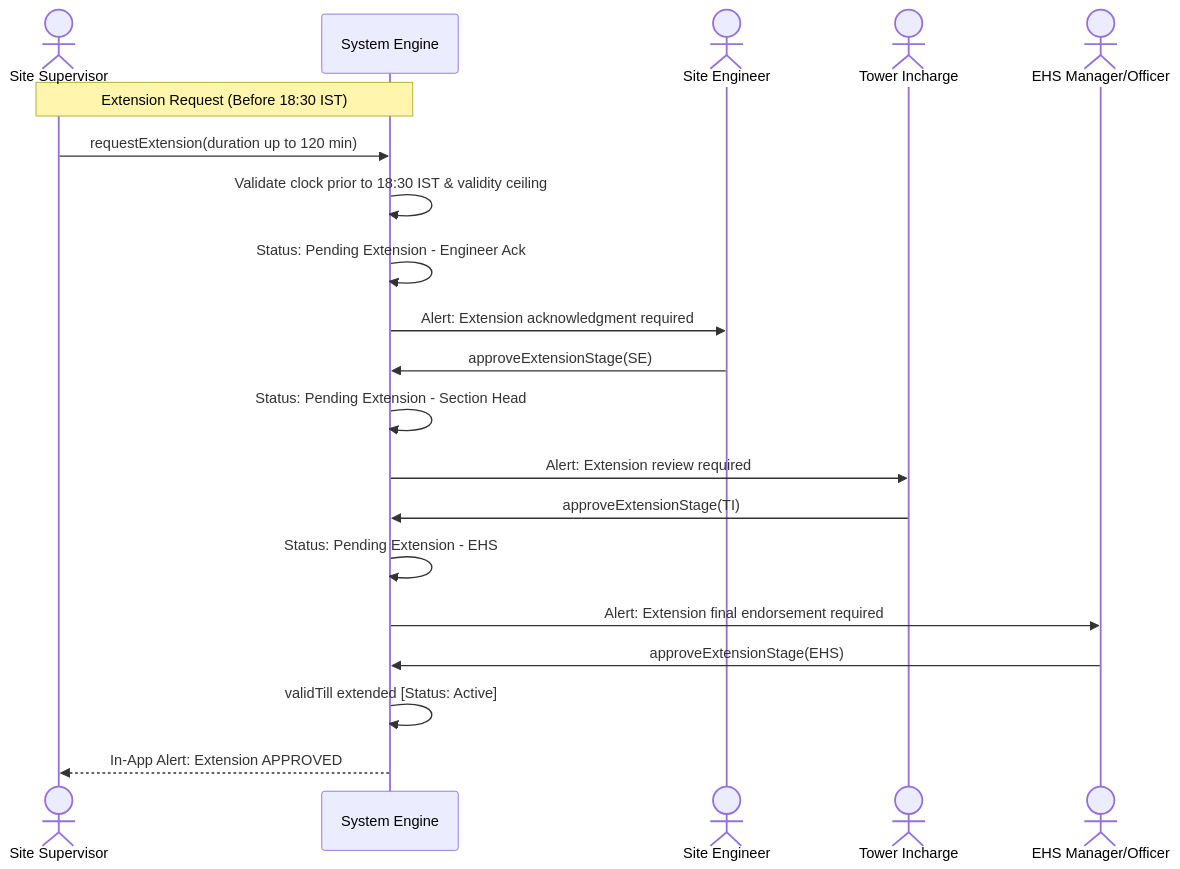
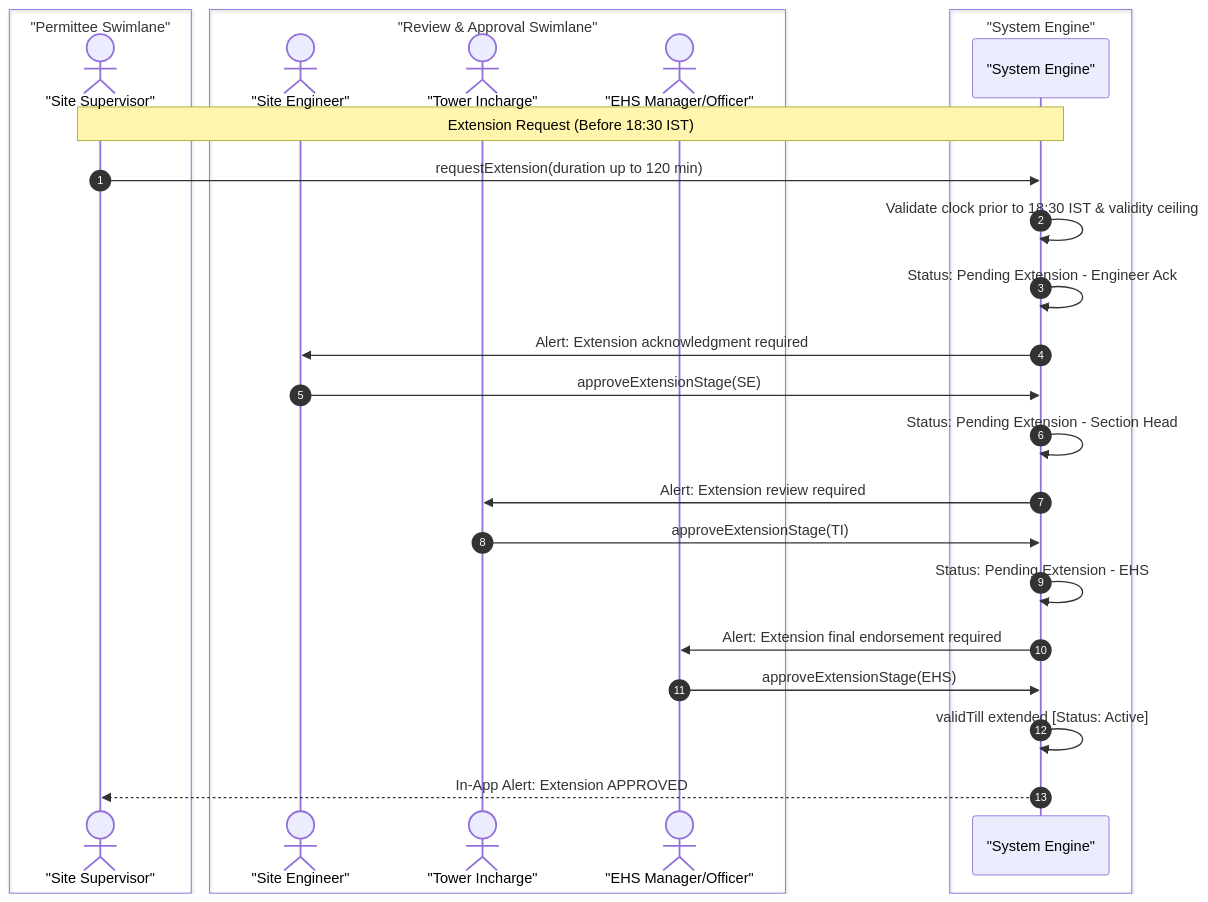
Diagram 32 of 41 in README.md (AuroGroupAutomationBot/ARPL-EHS-Demo), drawn with Mermaid before and after one commit. The commit also changed other lines of this file and 7 other files, not shown here.

````diff
--- a/README.md
+++ b/README.md
@@ -2346,26 +2588,33 @@
 ```mermaid
 sequenceDiagram
-    actor SS as Site Supervisor
-    participant SYS as System Engine
-    actor SE as Site Engineer
-    actor TI as Tower Incharge
-    actor EHS as EHS Manager/Officer
+    autonumber
+    box "Permittee Swimlane"
+        actor SS as "Site Supervisor"
+    end
+    box "Review & Approval Swimlane"
+        actor SE as "Site Engineer"
+        actor TI as "Tower Incharge"
+        actor EHS as "EHS Manager/Officer"
+    end
+    box "System Engine"
+        participant SYS as "System Engine"
+    end
 
     Note over SS,SYS: Extension Request (Before 18:30 IST)
     SS->>SYS: requestExtension(duration up to 120 min)
     SYS->>SYS: Validate clock prior to 18:30 IST & validity ceiling
     SYS->>SYS: Status: Pending Extension - Engineer Ack
     SYS->>SE: Alert: Extension acknowledgment required
 
     SE->>SYS: approveExtensionStage(SE)
     SYS->>SYS: Status: Pending Extension - Section Head
     SYS->>TI: Alert: Extension review required
 
     TI->>SYS: approveExtensionStage(TI)
     SYS->>SYS: Status: Pending Extension - EHS
     SYS->>EHS: Alert: Extension final endorsement required
 
     EHS->>SYS: approveExtensionStage(EHS)
     SYS->>SYS: validTill extended [Status: Active]
     SYS-->>SS: In-App Alert: Extension APPROVED
 ```
````
